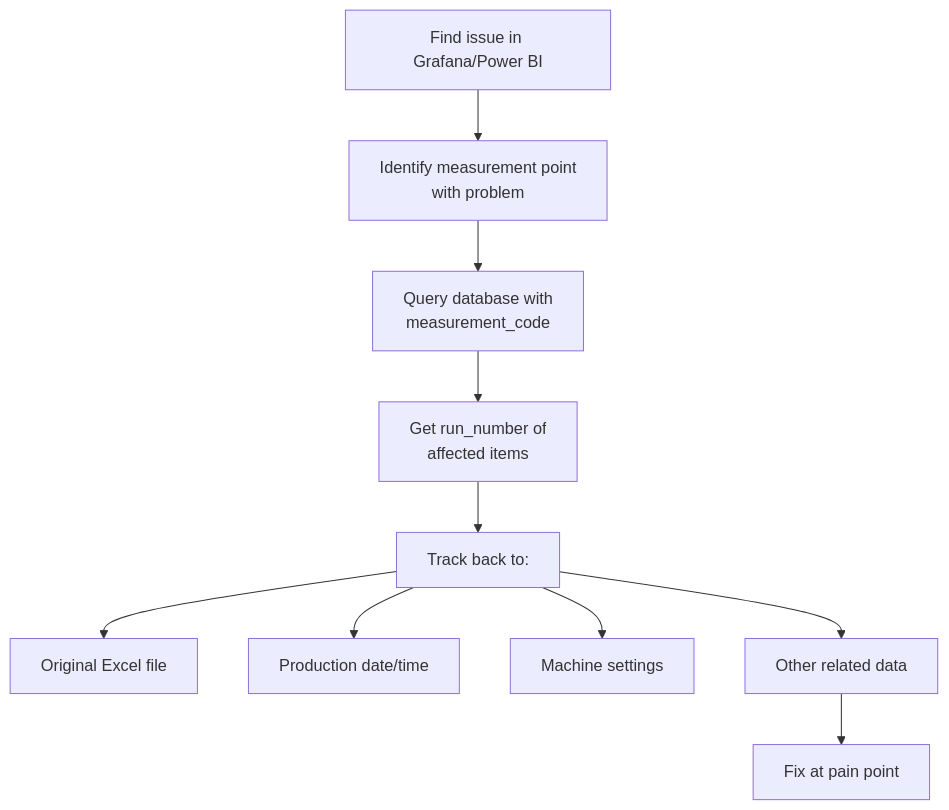
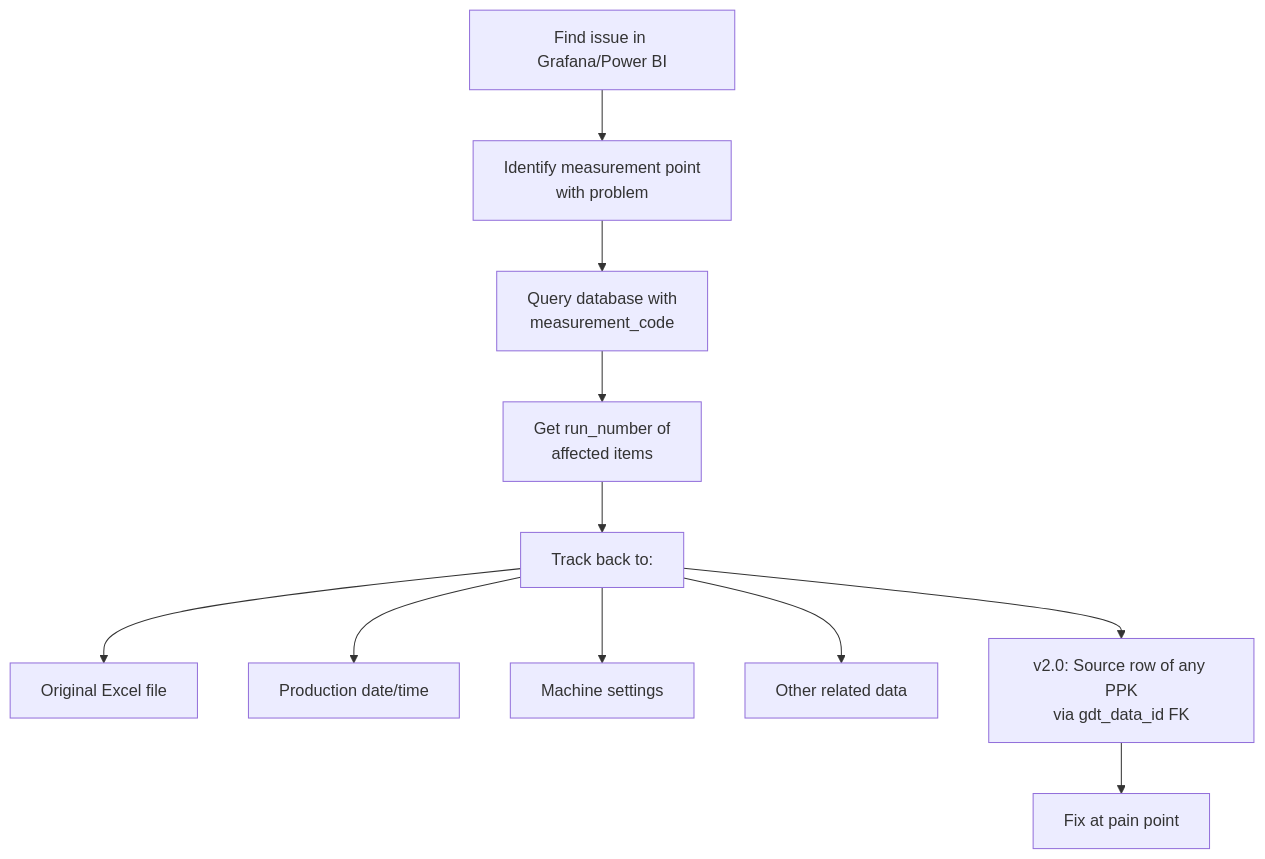
One commit to KSangmuang/SPC-Dashboard changed diagram 12 of 12 in README.md. Above: the diagram before and after it, drawn with Mermaid. The commit also changed other lines of this file, not shown here.

````diff
--- a/README.md
+++ b/README.md
@@ -1633,12 +1749,13 @@
 ```mermaid
 flowchart TD
     A[Find issue in Grafana/Power BI] --> B[Identify measurement point<br/>with problem]
     B --> C[Query database with<br/>measurement_code]
     C --> D[Get run_number of<br/>affected items]
     D --> E[Track back to:]
     E --> F[Original Excel file]
     E --> G[Production date/time]
     E --> H[Machine settings]
     E --> I[Other related data]
-    I --> J[Fix at pain point]
+    E --> J[v2.0: Source row of any PPK<br/>via gdt_data_id FK]
+    J --> K[Fix at pain point]
 ```
````
